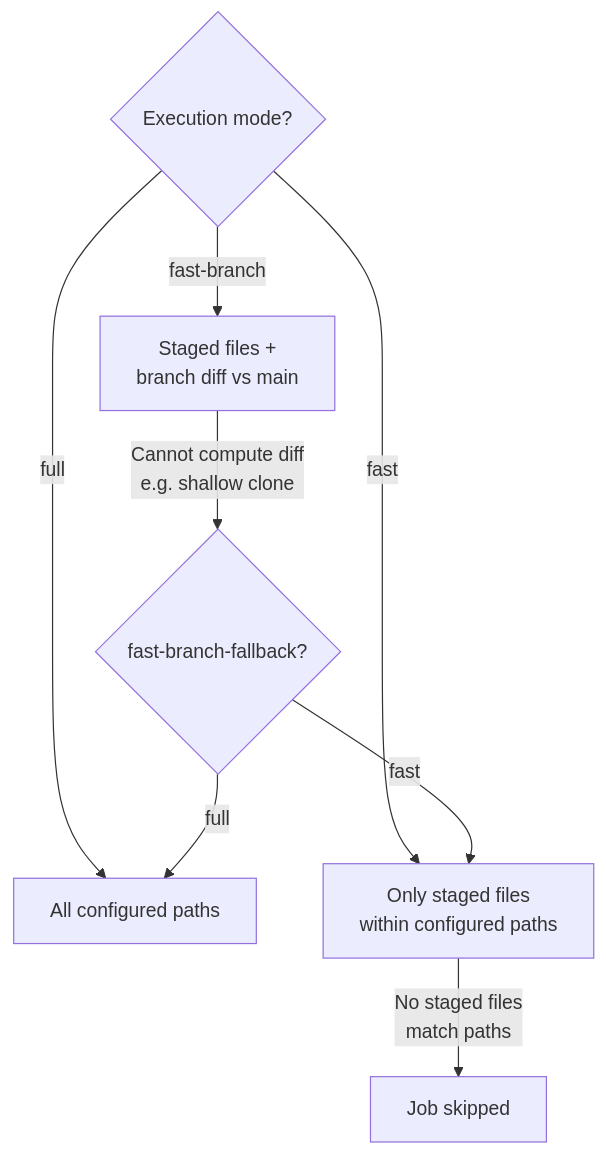
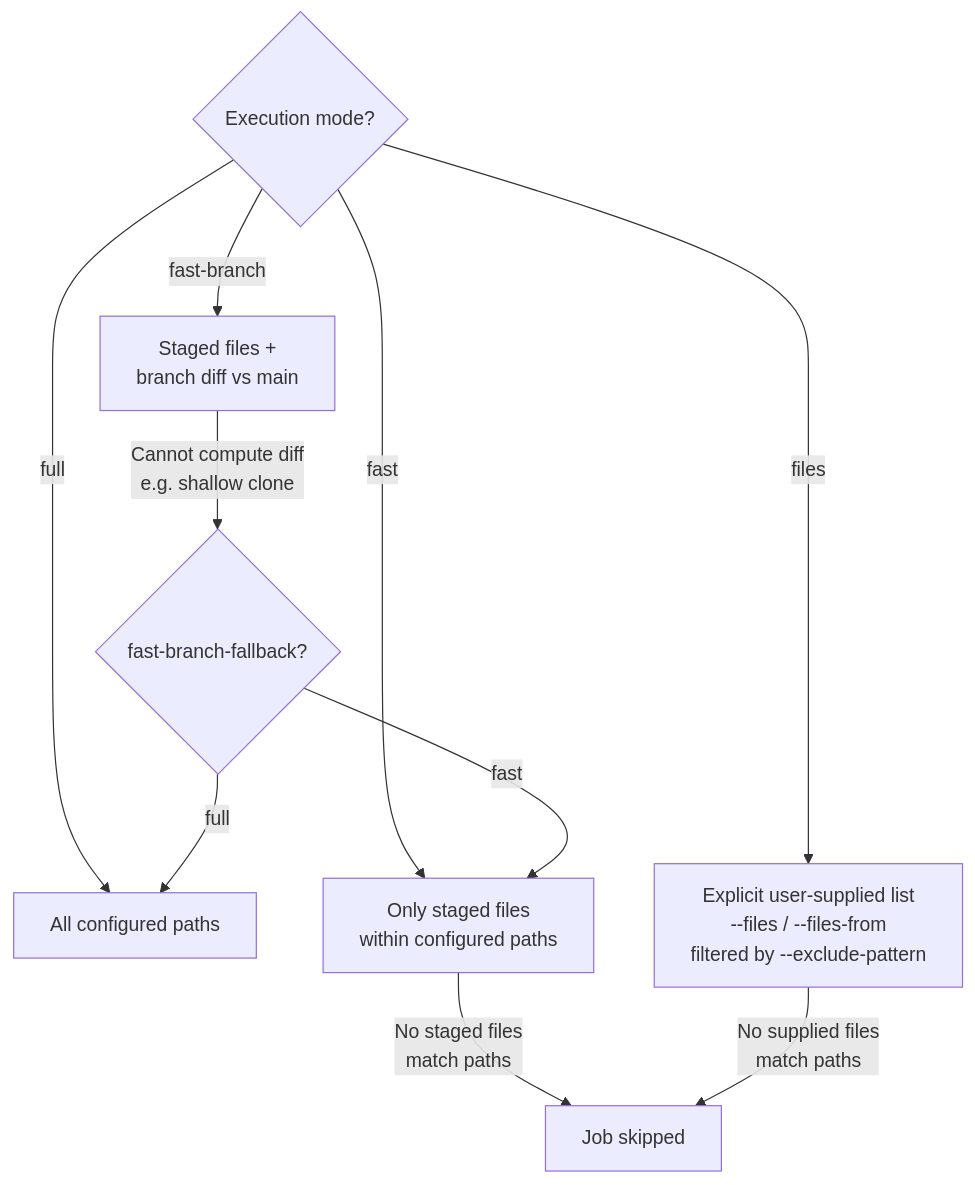
The diagram in docs/execution-modes.md (Wtyd/githooks), drawn with Mermaid before and after one commit. The commit also changed other lines of this file and 19 other files, not shown here.

````diff
--- a/docs/execution-modes.md
+++ b/docs/execution-modes.md
@@ -13,11 +14,13 @@
 ```mermaid
 graph TD
     A{Execution mode?}
     A -->|full| B[All configured paths]
     A -->|fast| C[Only staged files<br/>within configured paths]
     A -->|fast-branch| D[Staged files +<br/>branch diff vs main]
+    A -->|files| G[Explicit user-supplied list<br/>--files / --files-from<br/>filtered by --exclude-pattern]
     C -->|No staged files<br/>match paths| E[Job skipped]
     D -->|Cannot compute diff<br/>e.g. shallow clone| F{fast-branch-fallback?}
     F -->|full| B
     F -->|fast| C
+    G -->|No supplied files<br/>match paths| E
 ```
````
